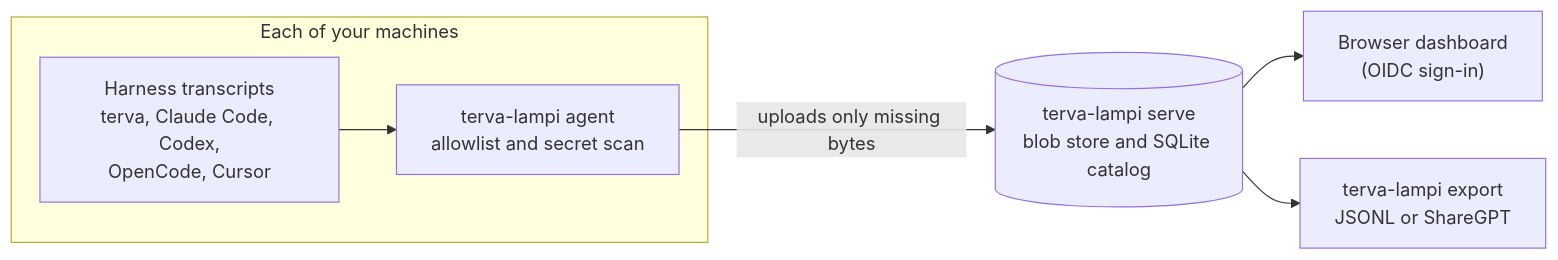
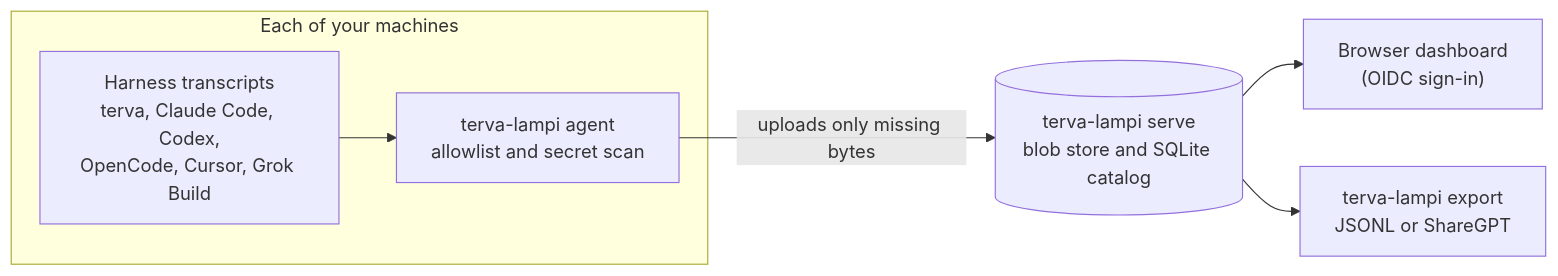
One commit to terva-sh/lampi changed the diagram in README.md. Above: the diagram before and after it, drawn with Mermaid. The commit also changed other lines of this file and 8 other files, not shown here.

First line of the commit message:
Operator docs for Grok Build (#82)

````diff
--- a/README.md
+++ b/README.md
@@ -16,9 +17,9 @@
 ```mermaid
 flowchart LR
   subgraph machine["Each of your machines"]
-    H["Harness transcripts<br/>terva, Claude Code, Codex,<br/>OpenCode, Cursor"] --> A["terva-lampi agent<br/>allowlist and secret scan"]
+    H["Harness transcripts<br/>terva, Claude Code, Codex,<br/>OpenCode, Cursor, Grok Build"] --> A["terva-lampi agent<br/>allowlist and secret scan"]
   end
   A -- "uploads only missing bytes" --> L[("terva-lampi serve<br/>blob store and SQLite catalog")]
   L --> D["Browser dashboard<br/>(OIDC sign-in)"]
   L --> E["terva-lampi export<br/>JSONL or ShareGPT"]
 ```
````
